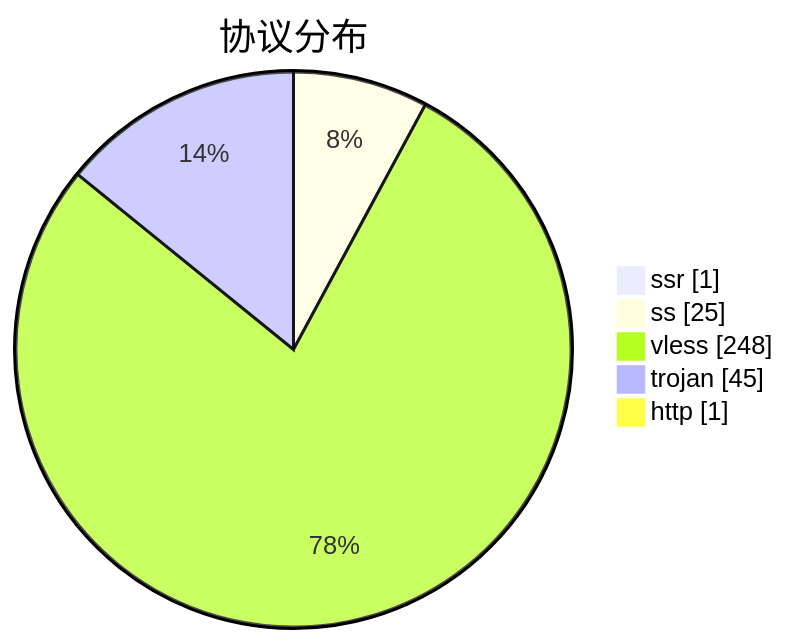
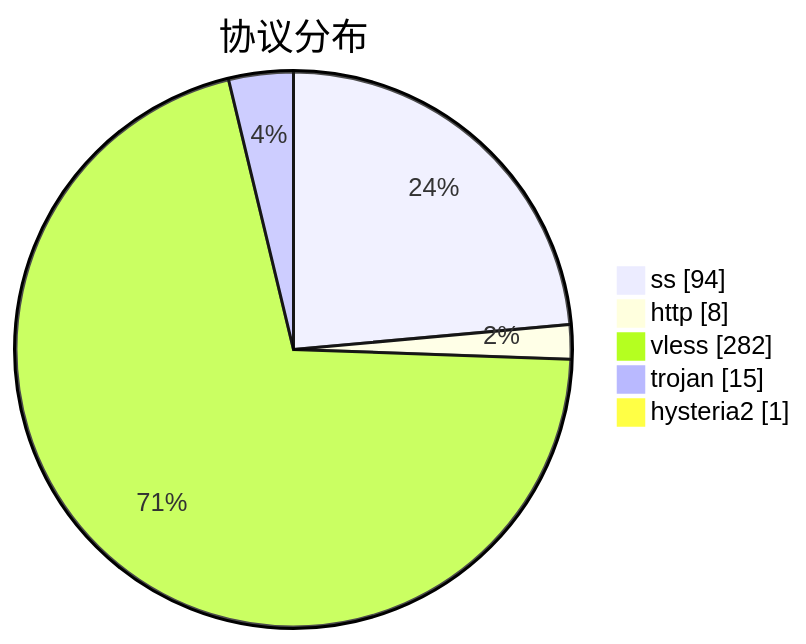
Before and after one commit to qjlxg/airport: the third of 3 diagrams in subs/statistics/tested_within.md, drawn with Mermaid. The commit also changed other lines of this file and 2 other files, not shown here.

````diff
--- a/subs/statistics/tested_within.md
+++ b/subs/statistics/tested_within.md
@@ -30,9 +31,9 @@
 ```mermaid
 pie showData
 title 协议分布
-"ssr" : 1
-"ss" : 25
-"vless" : 248
-"trojan" : 45
-"http" : 1
+"ss" : 94
+"http" : 8
+"vless" : 282
+"trojan" : 15
+"hysteria2" : 1
 ```
````
